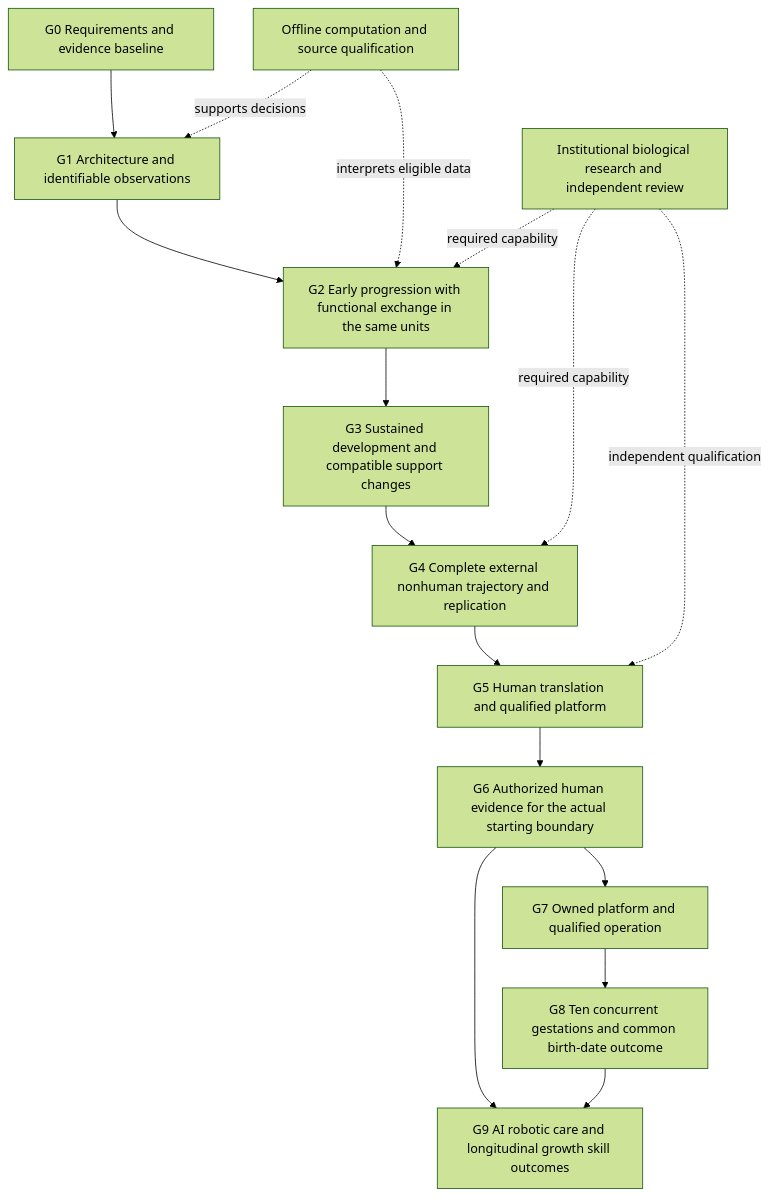
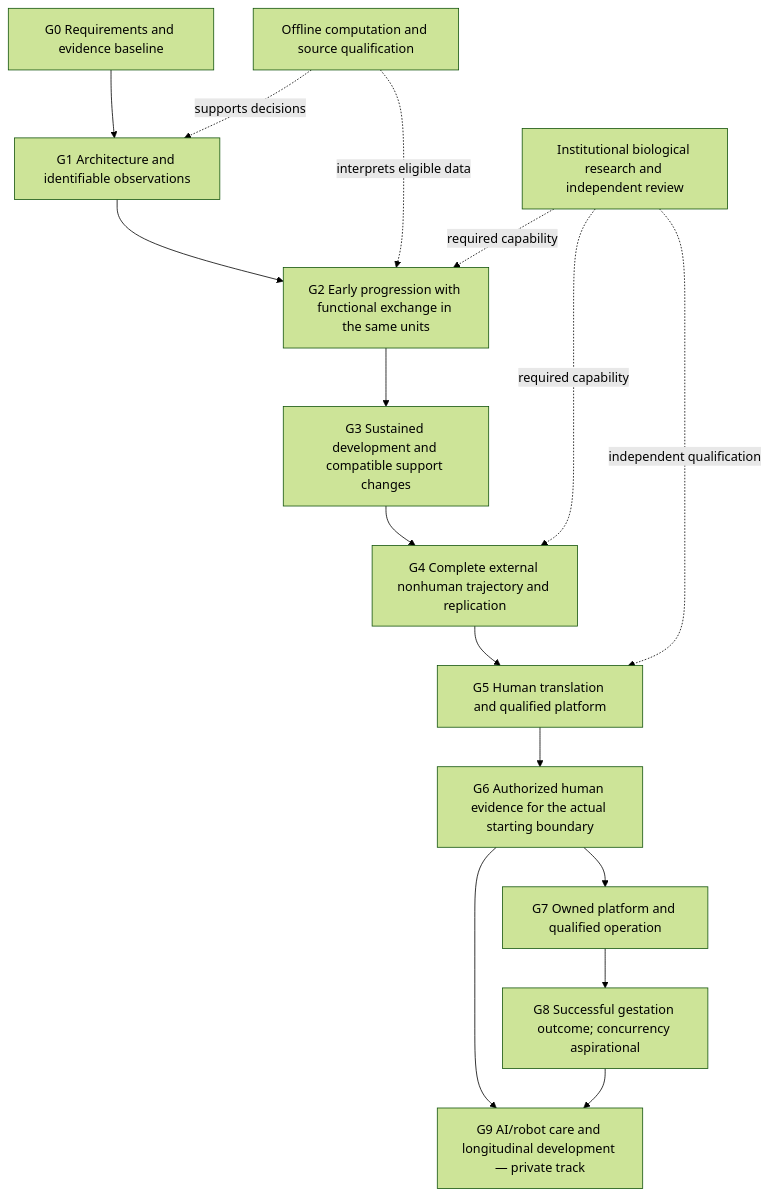
The first of 2 diagrams in PROGRAM_PLAN.md (dylanstechmann/artificial-womb-models), drawn with Mermaid (forest theme) before and after one commit. The commit also changed other lines of this file and 9 other files, not shown here.

First line of the commit message:
Revise program scope: single-gestation objective, private care track

````diff
--- a/PROGRAM_PLAN.md
+++ b/PROGRAM_PLAN.md
@@ -59,23 +59,23 @@
 ```mermaid
 flowchart TD
     G0[G0 Requirements and evidence baseline]
     G1[G1 Architecture and identifiable observations]
     G2[G2 Early progression with functional exchange in the same units]
     G3[G3 Sustained development and compatible support changes]
     G4[G4 Complete external nonhuman trajectory and replication]
     G5[G5 Human translation and qualified platform]
     G6[G6 Authorized human evidence for the actual starting boundary]
     G7[G7 Owned platform and qualified operation]
-    G8[G8 Ten concurrent gestations and common birth-date outcome]
-    G9[G9 AI robotic care and longitudinal growth skill outcomes]
+    G8[G8 Successful gestation outcome; concurrency aspirational]
+    G9[G9 AI/robot care and longitudinal development — private track]
     C[Offline computation and source qualification]
     I[Institutional biological research and independent review]
     G0 --> G1 --> G2 --> G3 --> G4 --> G5 --> G6 --> G7 --> G8
     C -. supports decisions .-> G1
     C -. interprets eligible data .-> G2
     I -. required capability .-> G2
     I -. required capability .-> G4
     I -. independent qualification .-> G5
     G6 --> G9
     G8 --> G9
 ```
````
